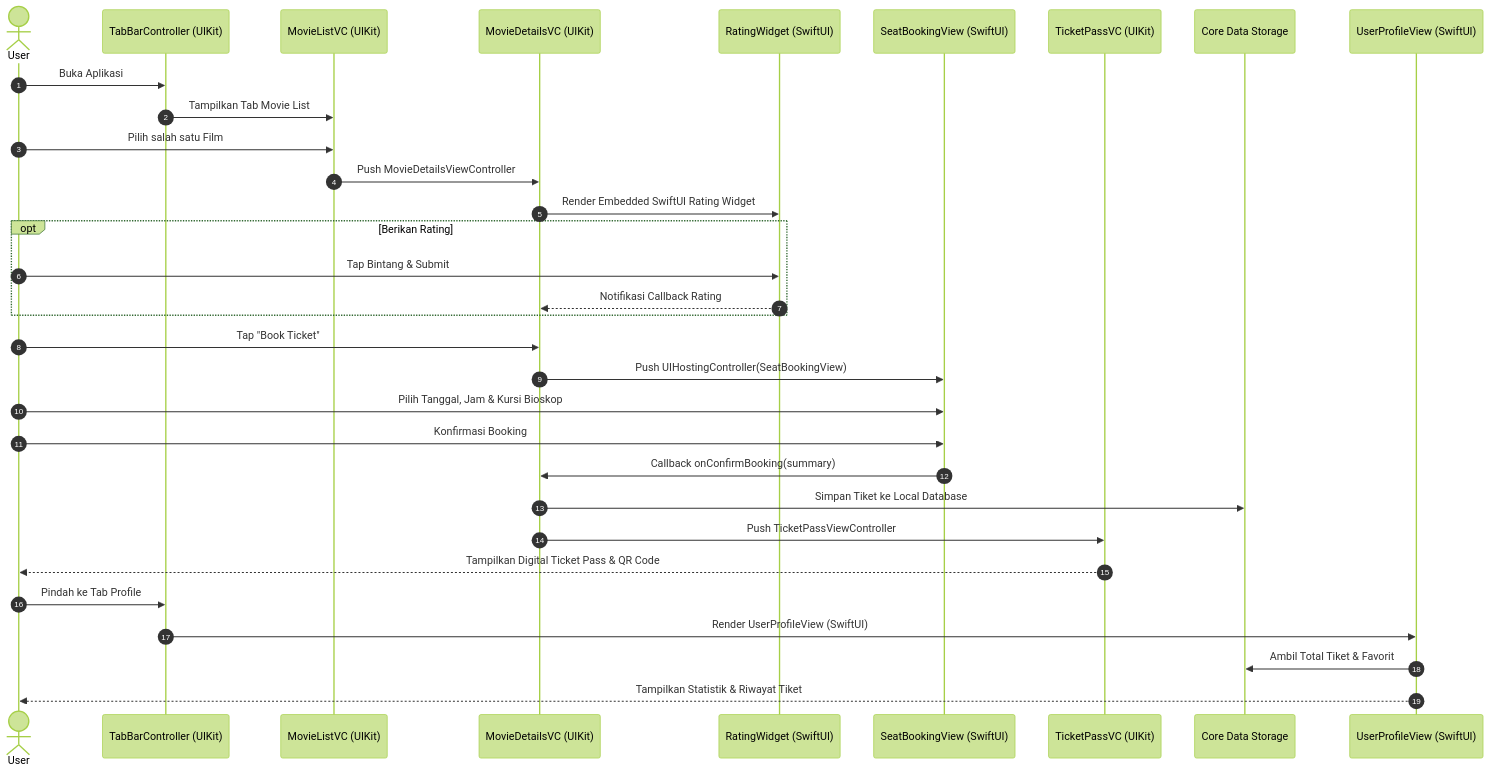
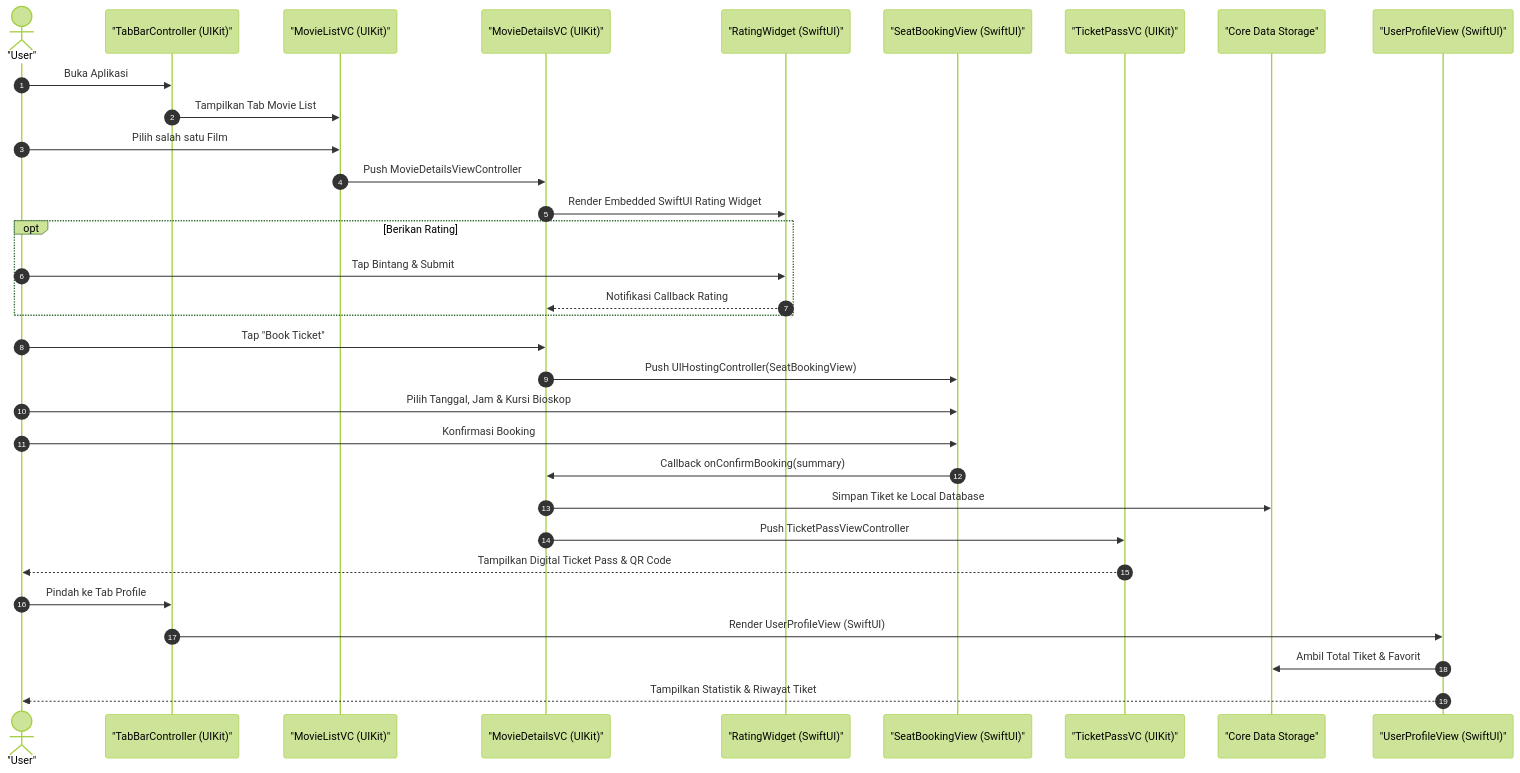
Before and after one commit to dhikadityre/RateMovie: the second of 2 diagrams in README.md, drawn with Mermaid (forest theme). The commit also changed other lines of this file, not shown here.

Commit message:
fix(docs): fix Mermaid diagram syntax by quoting labels

````diff
--- a/README.md
+++ b/README.md
@@ -250,38 +250,38 @@
 ```mermaid
 sequenceDiagram
     autonumber
-    actor User
-    participant TabBar as TabBarController (UIKit)
-    participant ListVC as MovieListVC (UIKit)
-    participant DetailVC as MovieDetailsVC (UIKit)
-    participant RatingWidget as RatingWidget (SwiftUI)
-    participant SeatBooking as SeatBookingView (SwiftUI)
-    participant TicketVC as TicketPassVC (UIKit)
-    participant CoreData as Core Data Storage
-    participant ProfileView as UserProfileView (SwiftUI)
+    actor User as "User"
+    participant TabBar as "TabBarController (UIKit)"
+    participant ListVC as "MovieListVC (UIKit)"
+    participant DetailVC as "MovieDetailsVC (UIKit)"
+    participant RatingWidget as "RatingWidget (SwiftUI)"
+    participant SeatBooking as "SeatBookingView (SwiftUI)"
+    participant TicketVC as "TicketPassVC (UIKit)"
+    participant CoreData as "Core Data Storage"
+    participant ProfileView as "UserProfileView (SwiftUI)"
 
     User->>TabBar: Buka Aplikasi
     TabBar->>ListVC: Tampilkan Tab Movie List
     User->>ListVC: Pilih salah satu Film
     ListVC->>DetailVC: Push MovieDetailsViewController
     DetailVC->>RatingWidget: Render Embedded SwiftUI Rating Widget
     
     opt Berikan Rating
         User->>RatingWidget: Tap Bintang & Submit
         RatingWidget-->>DetailVC: Notifikasi Callback Rating
     end
 
     User->>DetailVC: Tap "Book Ticket"
     DetailVC->>SeatBooking: Push UIHostingController(SeatBookingView)
     User->>SeatBooking: Pilih Tanggal, Jam & Kursi Bioskop
     User->>SeatBooking: Konfirmasi Booking
     SeatBooking->>DetailVC: Callback onConfirmBooking(summary)
     DetailVC->>CoreData: Simpan Tiket ke Local Database
     DetailVC->>TicketVC: Push TicketPassViewController
     TicketVC-->>User: Tampilkan Digital Ticket Pass & QR Code
 
     User->>TabBar: Pindah ke Tab Profile
     TabBar->>ProfileView: Render UserProfileView (SwiftUI)
     ProfileView->>CoreData: Ambil Total Tiket & Favorit
     ProfileView-->>User: Tampilkan Statistik & Riwayat Tiket
 ```
````
